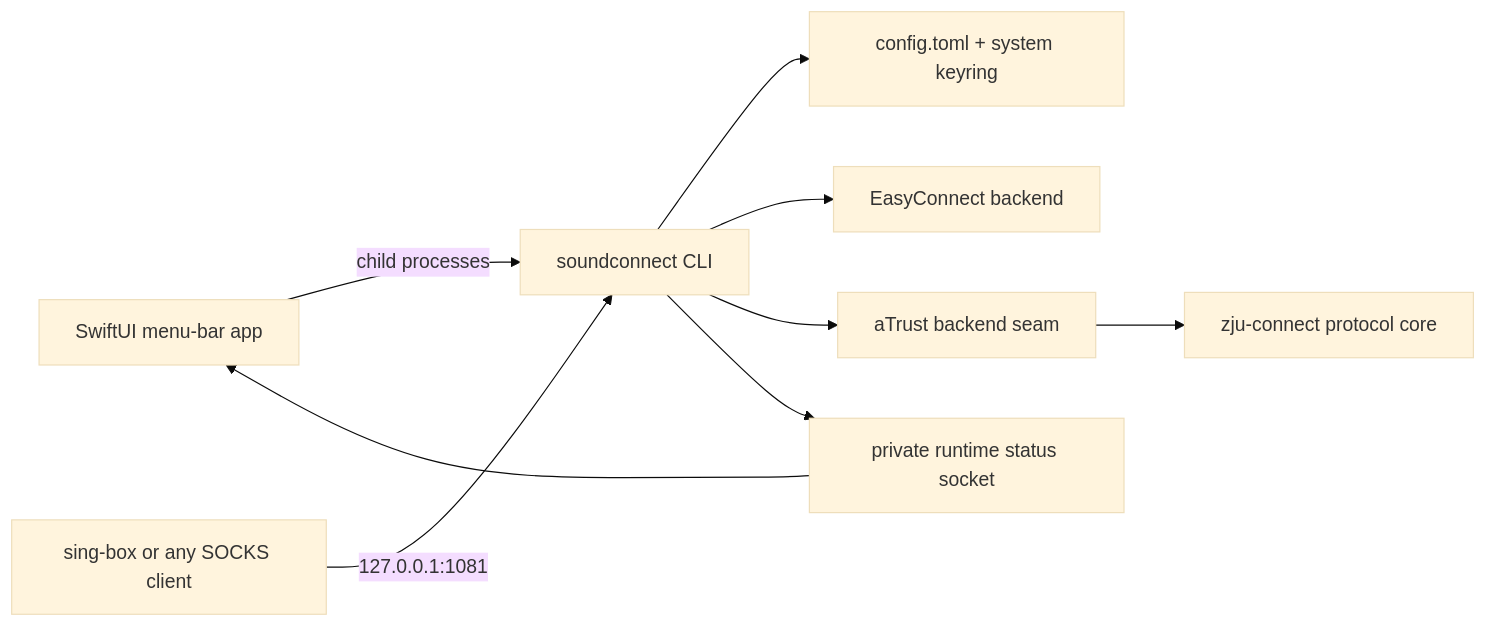
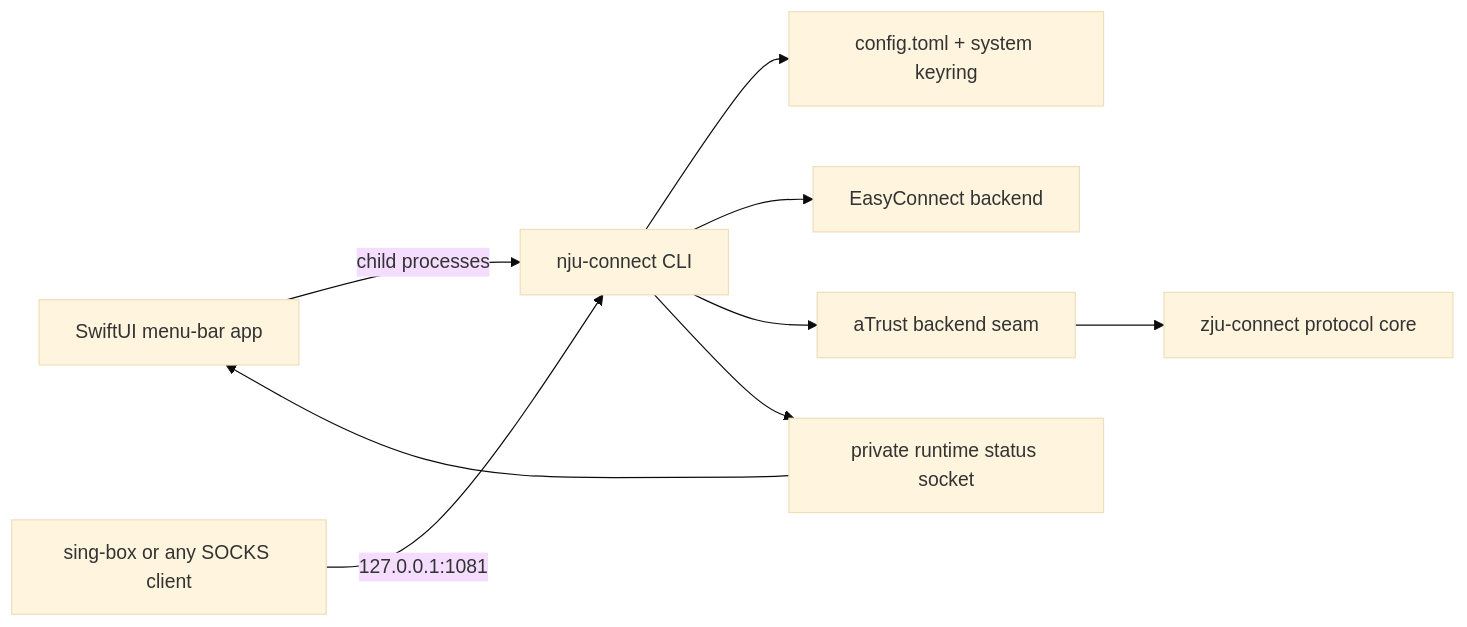
The first of 2 diagrams in docs/architecture.md (soundadam/nju-connect), drawn with Mermaid (base theme) before and after one commit. The commit also changed other lines of this file and 434 other files, not shown here.

First line of the commit message:
refactor: rename the project to nju-connect

````diff
--- a/docs/architecture.md
+++ b/docs/architecture.md
@@ -14,20 +14,20 @@
 ```mermaid
 flowchart LR
     UI[SwiftUI menu-bar app]
-    CLI[soundconnect CLI]
+    CLI[nju-connect CLI]
     CONFIG[config.toml + system keyring]
     STATUS[private runtime status socket]
     EASY[EasyConnect backend]
     ATRUST[aTrust backend seam]
     CORE[zju-connect protocol core]
     SBOX[sing-box or any SOCKS client]
 
     UI -->|child processes| CLI
     CLI --> CONFIG
     CLI --> EASY
     CLI --> ATRUST
     ATRUST --> CORE
     CLI --> STATUS
     STATUS --> UI
     SBOX -->|127.0.0.1:1081| CLI
 ```
````
